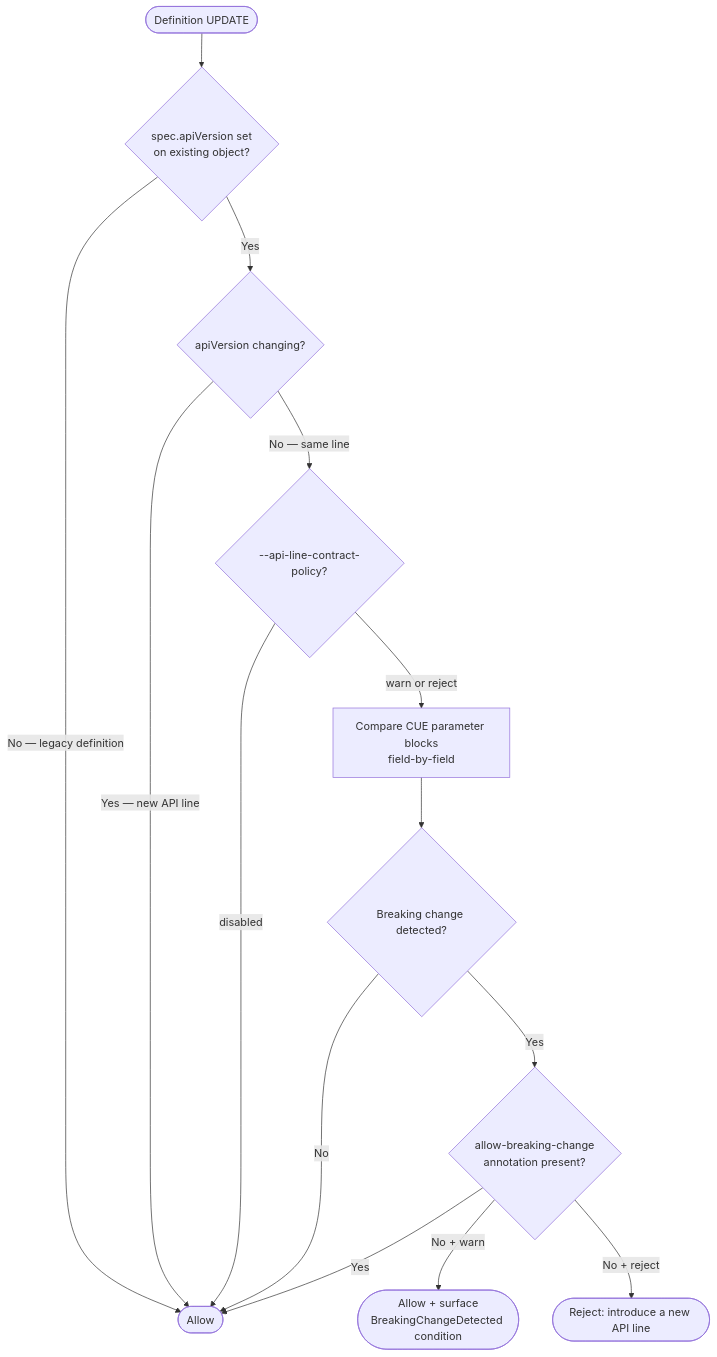
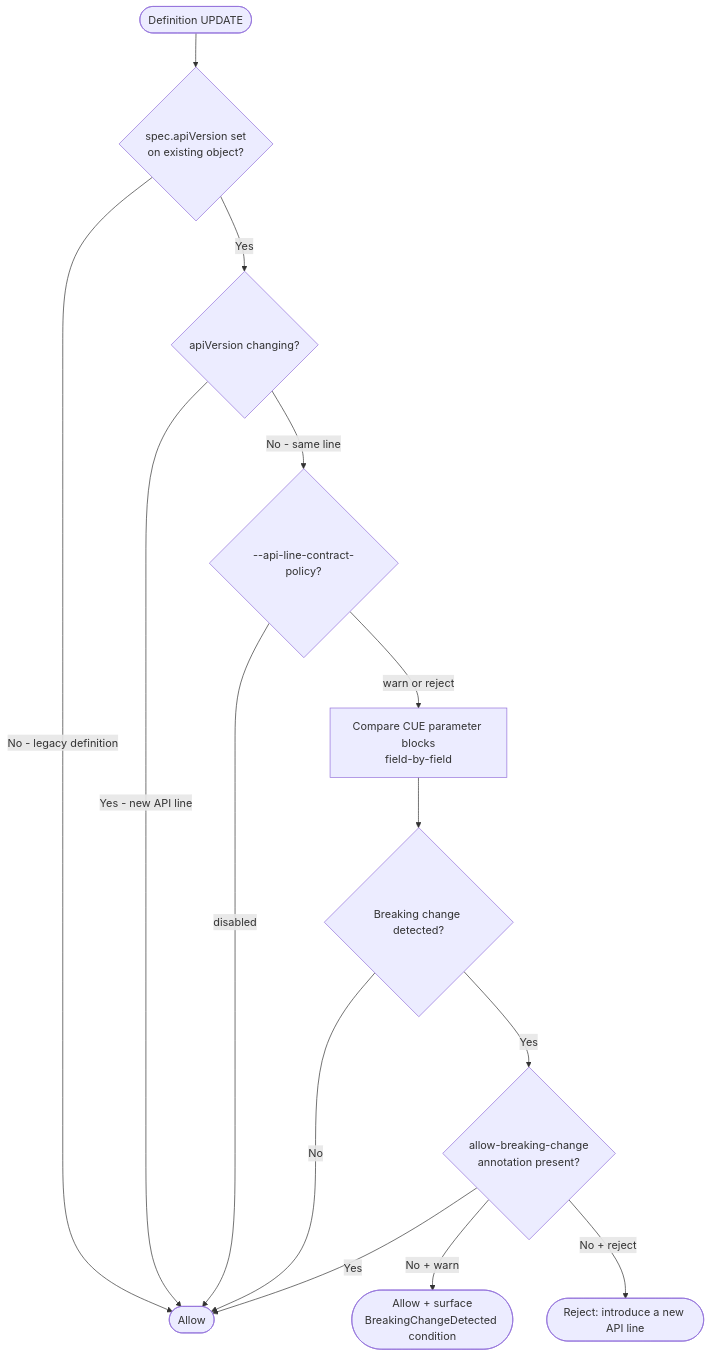
One commit to kubevela/kubevela changed the sixth of 6 diagrams in design/vela-core/keps/2.20-module-versioning/README.md. Above: the diagram before and after it, drawn with Mermaid. The commit also changed other lines of this file and 2 other files, not shown here.

````diff
--- a/design/vela-core/keps/2.20-module-versioning/README.md
+++ b/design/vela-core/keps/2.20-module-versioning/README.md
@@ -1244,16 +1238,16 @@
 ```mermaid
 flowchart TD
     A([Definition UPDATE]) --> B{"spec.apiVersion set<br/>on existing object?"}
-    B -->|No — legacy definition| Allow([Allow])
+    B -->|No - legacy definition| Allow([Allow])
     B -->|Yes| C{apiVersion changing?}
-    C -->|Yes — new API line| Allow
-    C -->|No — same line| D{--api-line-contract-policy?}
+    C -->|Yes - new API line| Allow
+    C -->|No - same line| D{--api-line-contract-policy?}
     D -->|disabled| Allow
     D -->|warn or reject| E["Compare CUE parameter blocks<br/>field-by-field"]
     E --> F{Breaking change detected?}
     F -->|No| Allow
     F -->|Yes| G{"allow-breaking-change<br/>annotation present?"}
     G -->|Yes| Allow
     G -->|No + warn| H(["Allow + surface<br/>BreakingChangeDetected condition"])
     G -->|No + reject| I([Reject: introduce a new API line])
 ```
````
